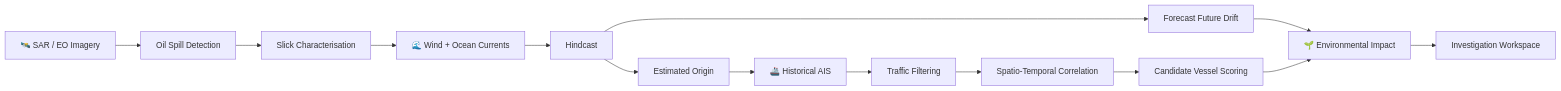
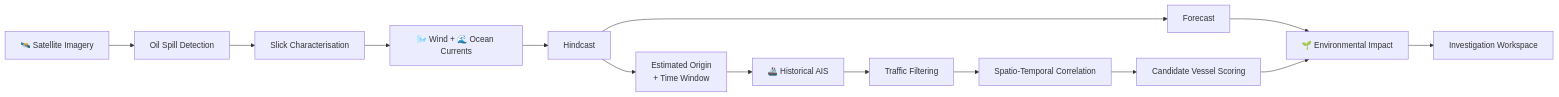
One commit to yamiy-D/OORCA-V.1 changed the diagram in README.md. Above: the diagram before and after it, drawn with Mermaid. The commit also changed other lines of this file, not shown here.

````diff
--- a/README.md
+++ b/README.md
@@ -135,22 +39,22 @@
 ```mermaid
 flowchart LR
-    A[🛰️ SAR / EO Imagery] --> B[Oil Spill Detection]
-    B --> C[Slick Characterisation]
+    A["🛰️ Satellite Imagery"] --> B["Oil Spill Detection"]
+    B --> C["Slick Characterisation"]
 
-    C --> D[🌊 Wind + Ocean Currents]
-    D --> E[Hindcast]
+    C --> D["🌬️ Wind + 🌊 Ocean Currents"]
+    D --> E["Hindcast"]
 
-    E --> F[Estimated Origin]
-    E --> G[Forecast Future Drift]
+    E --> F["Estimated Origin<br/>+ Time Window"]
+    E --> G["Forecast"]
 
-    F --> H[🚢 Historical AIS]
-    H --> I[Traffic Filtering]
+    F --> H["🚢 Historical AIS"]
+    H --> I["Traffic Filtering"]
 
-    I --> J[Spatio-Temporal Correlation]
-    J --> K[Candidate Vessel Scoring]
+    I --> J["Spatio-Temporal Correlation"]
+    J --> K["Candidate Vessel Scoring"]
 
-    G --> L[🌱 Environmental Impact]
+    G --> L["🌱 Environmental Impact"]
     K --> L
 
-    L --> M[Investigation Workspace]
+    L --> M["Investigation Workspace"]
 ```
````
